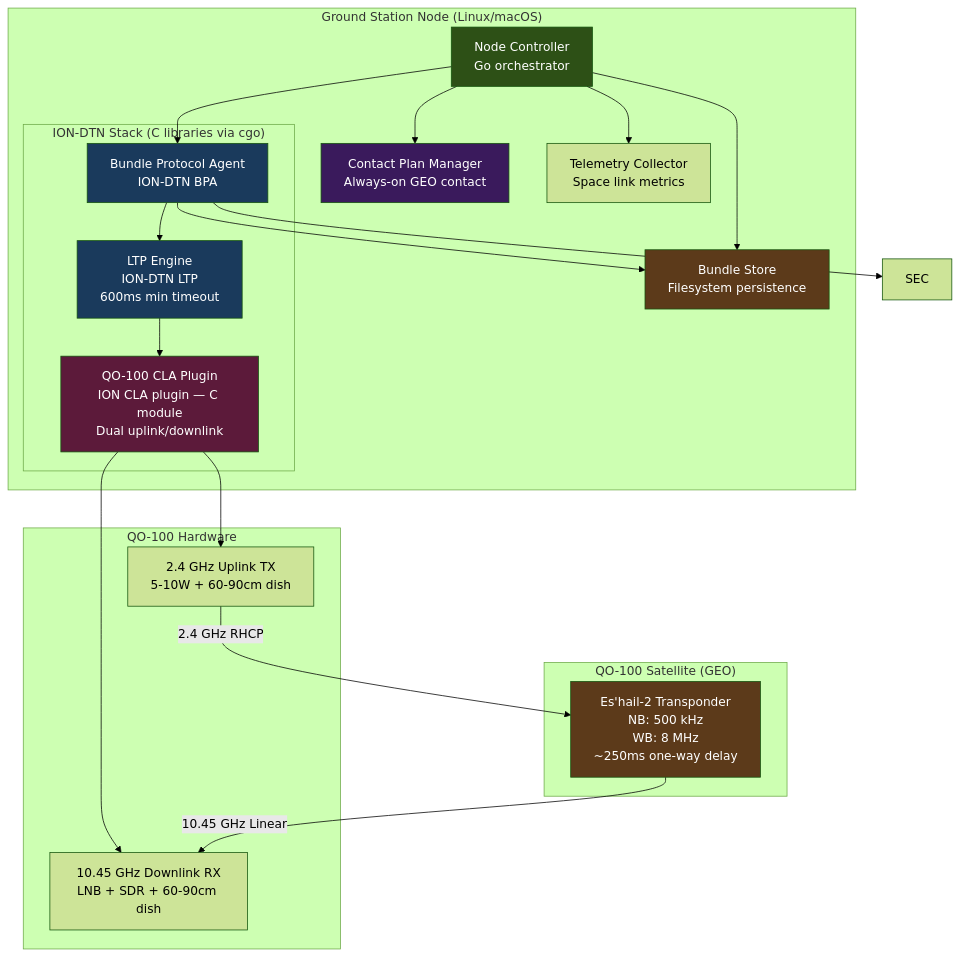
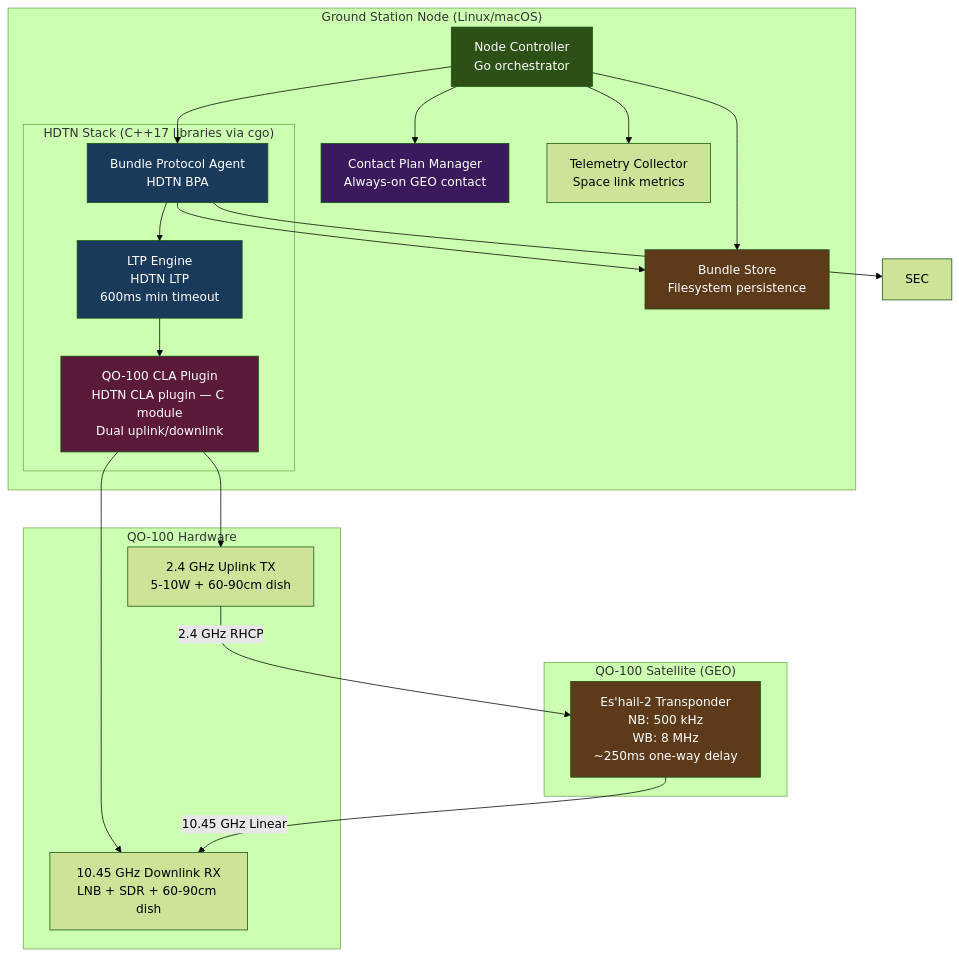
Before and after one commit to g4dpz/cislunar_proposal: the first of 2 diagrams in docs/qo-100-geo-satellite-dtn/design.md, drawn with Mermaid (forest theme). The commit also changed other lines of this file and 18 other files, not shown here.

Commit message:
Migrate from ION-DTN to HDTN across all specs and website

````diff
--- a/docs/qo-100-geo-satellite-dtn/design.md
+++ b/docs/qo-100-geo-satellite-dtn/design.md
@@ -34,45 +34,45 @@
 ```mermaid
 graph TD
     subgraph "Ground Station Node (Linux/macOS)"
         NC[Node Controller<br/>Go orchestrator]
         BS[Bundle Store<br/>Filesystem persistence]
         CPM[Contact Plan Manager<br/>Always-on GEO contact]
         TEL[Telemetry Collector<br/>Space link metrics]
 
-        subgraph "ION-DTN Stack (C libraries via cgo)"
-            BPA[Bundle Protocol Agent<br/>ION-DTN BPA]
-            LTP[LTP Engine<br/>ION-DTN LTP<br/>600ms min timeout]
-            CLA[QO-100 CLA Plugin<br/>ION CLA plugin — C module<br/>Dual uplink/downlink]
+        subgraph "HDTN Stack (C++17 libraries via cgo)"
+            BPA[Bundle Protocol Agent<br/>HDTN BPA]
+            LTP[LTP Engine<br/>HDTN LTP<br/>600ms min timeout]
+            CLA[QO-100 CLA Plugin<br/>HDTN CLA plugin — C module<br/>Dual uplink/downlink]
         end
     end
 
     subgraph "QO-100 Hardware"
         UPTX[2.4 GHz Uplink TX<br/>5-10W + 60-90cm dish]
         DNRX[10.45 GHz Downlink RX<br/>LNB + SDR + 60-90cm dish]
     end
 
     subgraph "QO-100 Satellite (GEO)"
         SAT[Es'hail-2 Transponder<br/>NB: 500 kHz<br/>WB: 8 MHz<br/>~250ms one-way delay]
     end
 
     NC --> BPA
     NC --> BS
     NC --> CPM
     NC --> TEL
     BPA --> SEC
     BPA --> BS
     BPA --> LTP
     LTP --> CLA
     CLA --> UPTX
     CLA --> DNRX
     UPTX -->|2.4 GHz RHCP| SAT
     SAT -->|10.45 GHz Linear| DNRX
 
     style NC fill:#2d5016,color:#fff
     style BPA fill:#1a3a5c,color:#fff
     style LTP fill:#1a3a5c,color:#fff
     style BS fill:#5c3a1a,color:#fff
     style CPM fill:#3a1a5c,color:#fff
     style CLA fill:#5c1a3a,color:#fff
     style SAT fill:#5c3a1a,color:#fff
 ```
````
